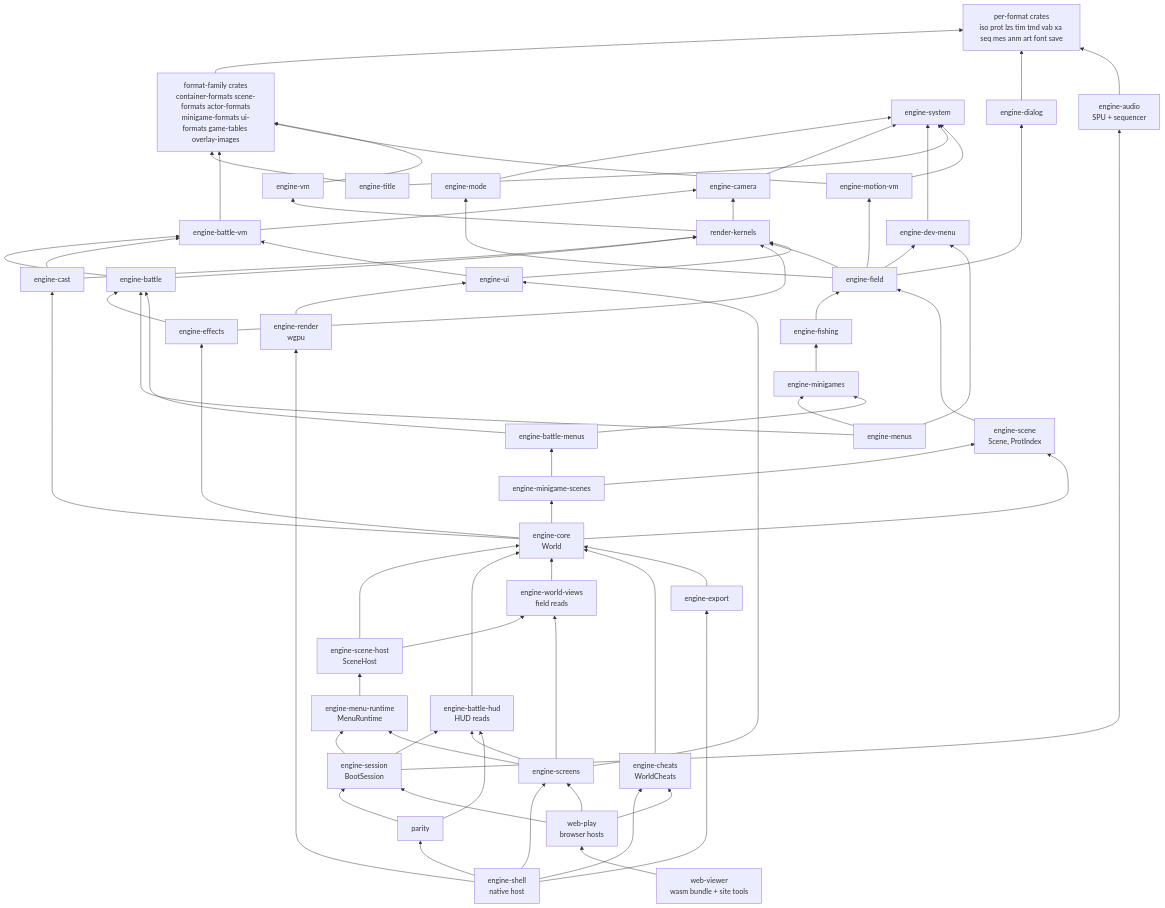
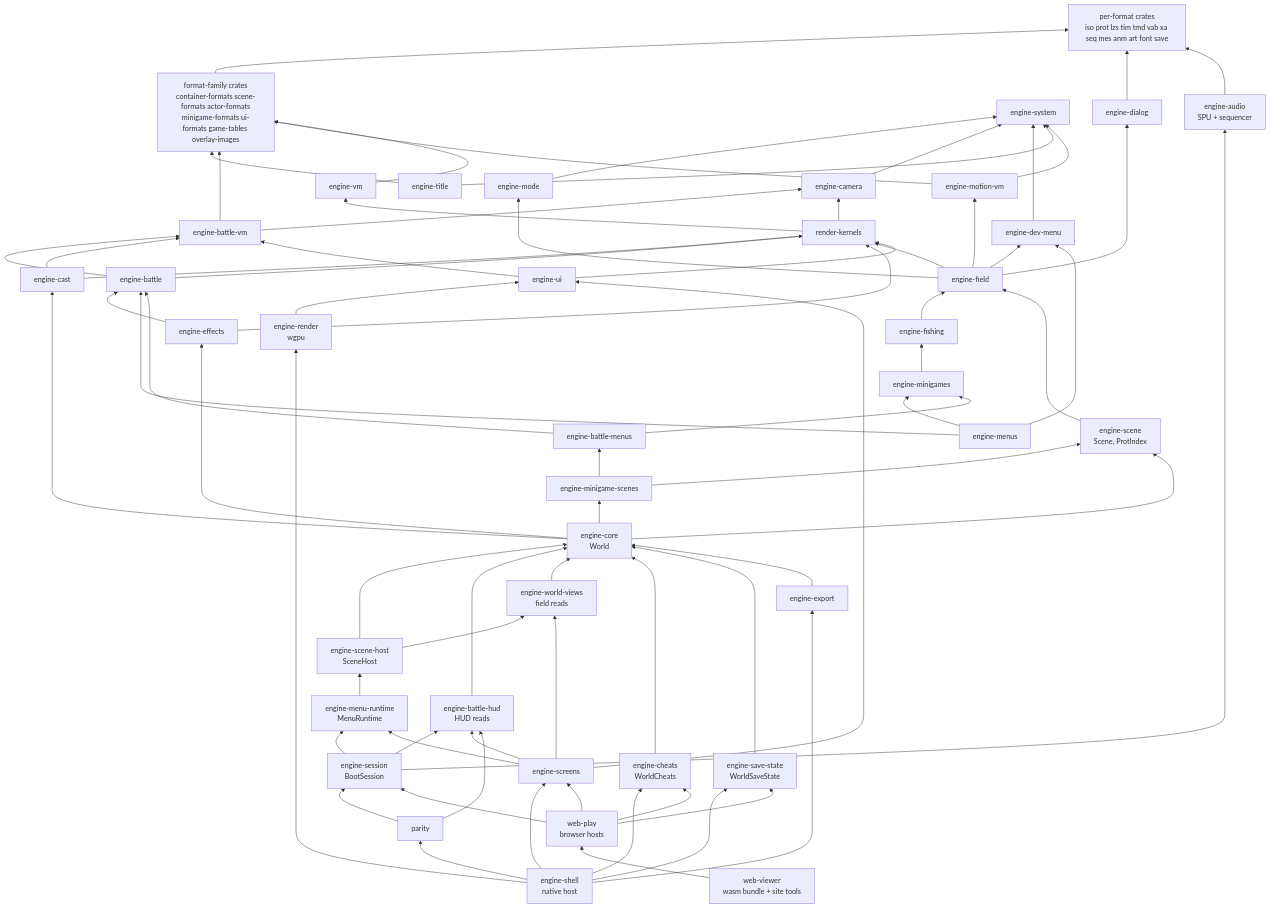
Before and after one commit to AndrewAltimit/legend-of-legaia-re: the first of 4 diagrams in docs/subsystems/engine.md, drawn with Mermaid. The commit also changed other lines of this file and 64 other files, not shown here.

First line of the commit message:
Move the LGSF save round trip from engine-core into engine-save-state

````diff
--- a/docs/subsystems/engine.md
+++ b/docs/subsystems/engine.md
@@ -70,6 +70,7 @@
     BHUD["engine-battle-hud<br/>HUD reads"]
     WV["engine-world-views<br/>field reads"]
     ECHT["engine-cheats<br/>WorldCheats"]
+    ESAV["engine-save-state<br/>WorldSaveState"]
     EUI["engine-ui"]
     EREN["engine-render<br/>wgpu"]
     EAUD["engine-audio<br/>SPU + sequencer"]
@@ -130,6 +131,7 @@
     WV --> CORE
     SH --> WV
     ECHT --> CORE
+    ESAV --> CORE
     SESS --> MR
     SESS --> BHUD
     SESS --> EAUD
@@ -142,11 +144,13 @@
     SHELL --> PAR
     SHELL --> SCR
     SHELL --> ECHT
+    SHELL --> ESAV
     SHELL --> EXP
     EXP --> CORE
     SHELL --> EREN
     WEBP --> SESS
     WEBP --> SCR
     WEBP --> ECHT
+    WEBP --> ESAV
     WEB --> WEBP
 ```
````
